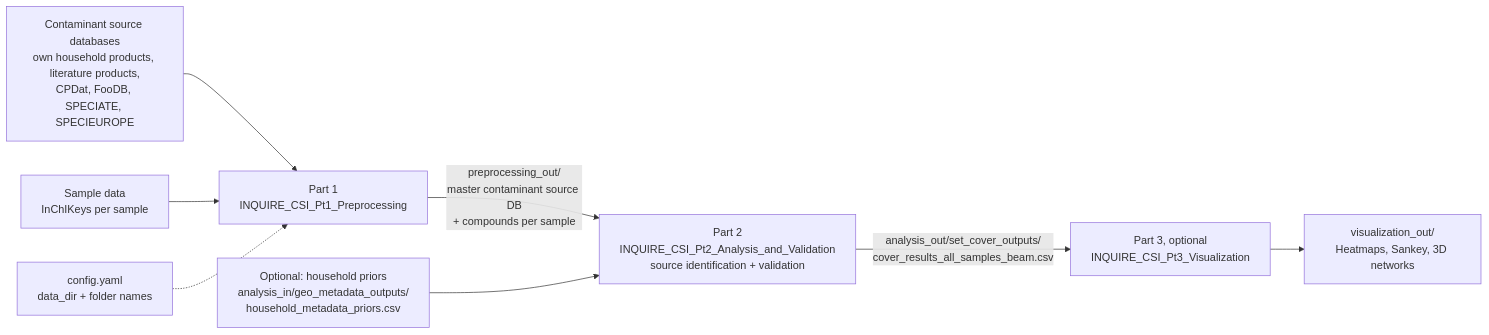
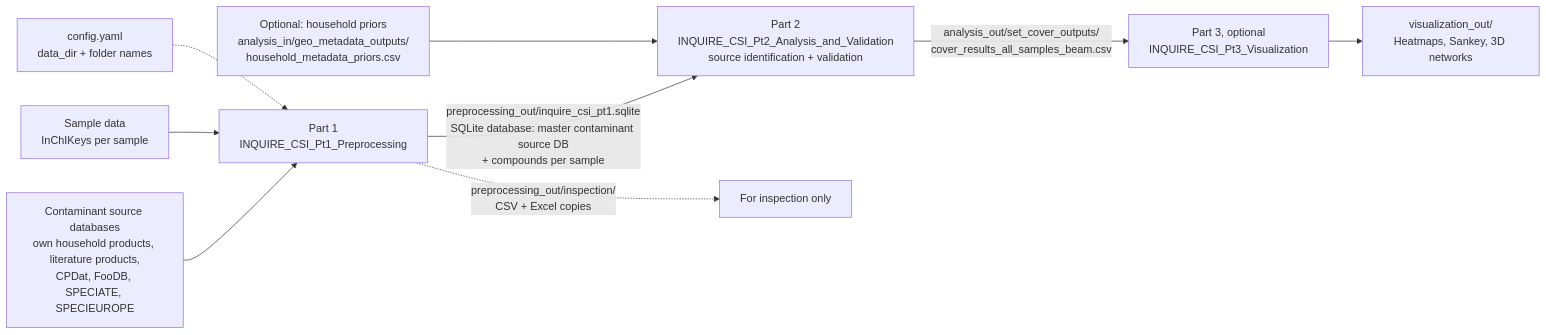
The diagram in README.md (SystemsBioinformatics/INQUIRE_CSI), drawn with Mermaid before and after one commit. The commit also changed other lines of this file, not shown here.

Commit message:
Add database description to README

````diff
--- a/README.md
+++ b/README.md
@@ -18,10 +18,11 @@
 ```mermaid
 flowchart LR
     S[Contaminant source databases<br/>own household products, literature products,<br/>CPDat, FooDB, SPECIATE, SPECIEUROPE] --> P1[Part 1<br/>INQUIRE_CSI_Pt1_Preprocessing]
     D[Sample data<br/>InChIKeys per sample] --> P1
     C[config.yaml<br/>data_dir + folder names] -.-> P1
-    P1 -->|preprocessing_out/<br/>master contaminant source DB<br/>+ compounds per sample| P2[Part 2<br/>INQUIRE_CSI_Pt2_Analysis_and_Validation<br/>source identification + validation]
+    P1 -->|preprocessing_out/inquire_csi_pt1.sqlite<br/>SQLite database: master contaminant source DB<br/>+ compounds per sample| P2[Part 2<br/>INQUIRE_CSI_Pt2_Analysis_and_Validation<br/>source identification + validation]
+    P1 -.->|preprocessing_out/inspection/<br/>CSV + Excel copies| I[For inspection only]
     H[Optional: household priors<br/>analysis_in/geo_metadata_outputs/<br/>household_metadata_priors.csv] --> P2
     P2 -->|analysis_out/set_cover_outputs/<br/>cover_results_all_samples_beam.csv| P3[Part 3, optional<br/>INQUIRE_CSI_Pt3_Visualization]
     P3 --> F[visualization_out/<br/>Heatmaps, Sankey, 3D networks]
 ```
````
